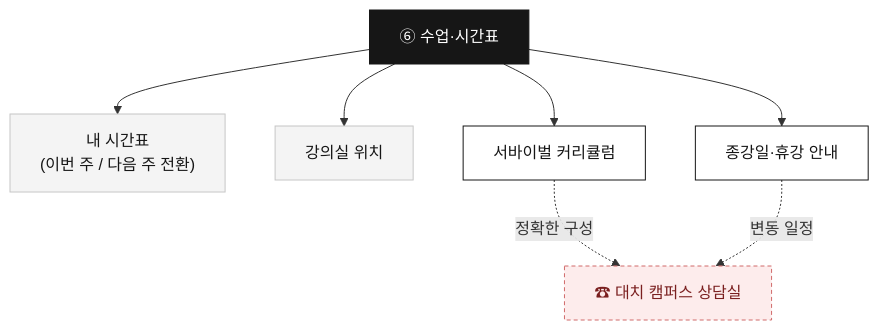
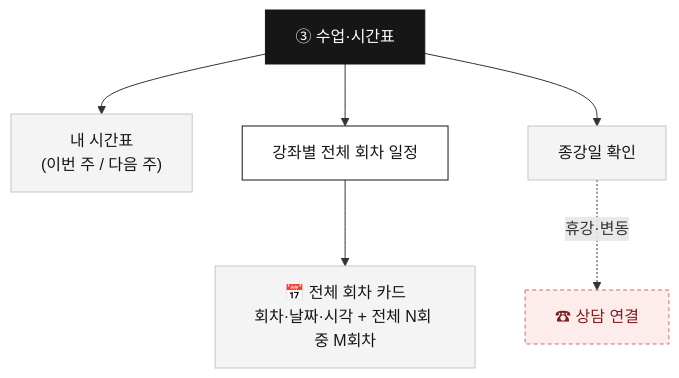
The sixth of 8 diagrams in analysis/myclass-chatbot/SCENARIO_PLAN.md (layr8x/Wiki), drawn with Mermaid before and after one commit. The commit also changed other lines of this file and 15 other files, not shown here.

````diff
--- a/analysis/myclass-chatbot/SCENARIO_PLAN.md
+++ b/analysis/myclass-chatbot/SCENARIO_PLAN.md
@@ -254,14 +161,13 @@
 ```mermaid
 flowchart TD
-  F["⑥ 수업·시간표"]:::menu
-  F --> T1["내 시간표<br/>(이번 주 / 다음 주 전환)"]:::card
-  F --> T2["강의실 위치"]:::card
-  F --> T3["서바이벌 커리큘럼"]:::step
-  F --> T4["종강일·휴강 안내"]:::step
-  T3 -.정확한 구성.-> CP["☎ 대치 캠퍼스 상담실"]:::hand
-  T4 -.변동 일정.-> CP
+  C["③ 수업·시간표"]:::menu
+  C --> T1["내 시간표<br/>(이번 주 / 다음 주)"]:::card
+  C --> T2["강좌별 전체 회차 일정"]:::step
+  C --> T3["종강일 확인"]:::card
+  T2 --> T2C["📅 전체 회차 카드<br/>회차·날짜·시각 + 전체 N회 중 M회차"]:::card
+  T3 -.휴강·변동.-> CP["☎ 상담 연결"]:::hand
   classDef menu fill:#161616,color:#ffffff,stroke:#161616;
   classDef step fill:#ffffff,color:#161616,stroke:#161616;
   classDef card fill:#f4f4f4,color:#161616,stroke:#c6c6c6;
   classDef hand fill:#fdecec,color:#7a1f1f,stroke:#d06a6a,stroke-dasharray:4 3;
 ```
````
